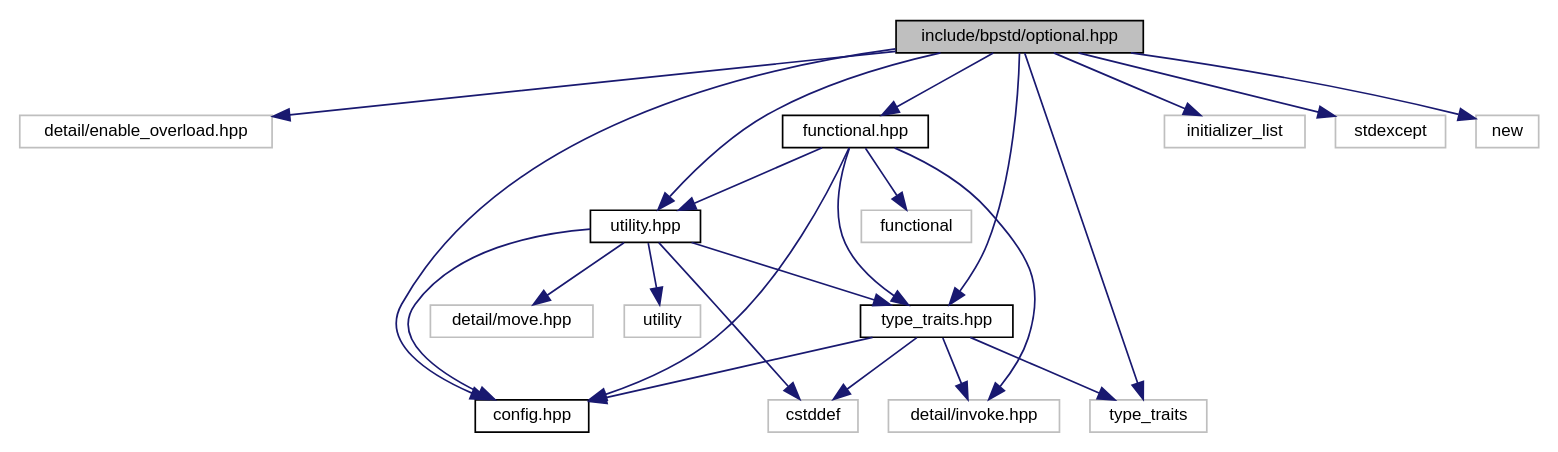
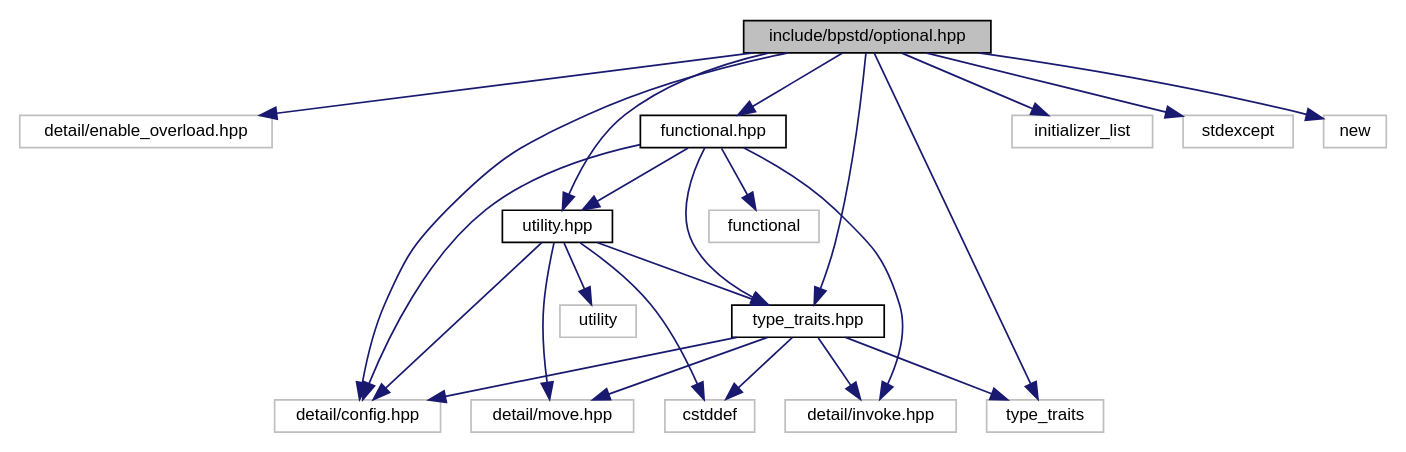
Before and after one commit to bitwizeshift/BackportCpp: the diagram in api/latest/d0/d26/optional_8hpp__incl.dot, drawn with Graphviz. The commit also changed 67 other files, not shown here.

```diff
--- a/api/latest/d0/d26/optional_8hpp__incl.dot
+++ b/api/latest/d0/d26/optional_8hpp__incl.dot
@@ -1,43 +1,44 @@
 digraph "include/bpstd/optional.hpp"
 {
   edge [fontname="Helvetica",fontsize="10",labelfontname="Helvetica",labelfontsize="10"];
   node [fontname="Helvetica",fontsize="10",shape=record];
   Node0 [label="include/bpstd/optional.hpp",height=0.2,width=0.4,color="black", fillcolor="grey75", style="filled", fontcolor="black"];
   Node0 -> Node1 [color="midnightblue",fontsize="10",style="solid",fontname="Helvetica"];
   Node1 [label="detail/enable_overload.hpp",height=0.2,width=0.4,color="grey75", fillcolor="white", style="filled"];
   Node0 -> Node2 [color="midnightblue",fontsize="10",style="solid",fontname="Helvetica"];
-  Node2 [label="config.hpp",height=0.2,width=0.4,color="black", fillcolor="white", style="filled",URL="$d8/dfd/config_8hpp.html",tooltip="This header provides configuration data for the bpstd library. "];
+  Node2 [label="detail/config.hpp",height=0.2,width=0.4,color="grey75", fillcolor="white", style="filled"];
   Node0 -> Node3 [color="midnightblue",fontsize="10",style="solid",fontname="Helvetica"];
   Node3 [label="utility.hpp",height=0.2,width=0.4,color="black", fillcolor="white", style="filled",URL="$d1/d4e/utility_8hpp.html",tooltip="This header provides definitions from the C++ header <utility> "];
   Node3 -> Node2 [color="midnightblue",fontsize="10",style="solid",fontname="Helvetica"];
   Node3 -> Node4 [color="midnightblue",fontsize="10",style="solid",fontname="Helvetica"];
   Node4 [label="detail/move.hpp",height=0.2,width=0.4,color="grey75", fillcolor="white", style="filled"];
   Node3 -> Node5 [color="midnightblue",fontsize="10",style="solid",fontname="Helvetica"];
   Node5 [label="type_traits.hpp",height=0.2,width=0.4,color="black", fillcolor="white", style="filled",URL="$dc/d54/type__traits_8hpp.html",tooltip="This header provides definitions from the C++ header <type_traits> "];
   Node5 -> Node2 [color="midnightblue",fontsize="10",style="solid",fontname="Helvetica"];
+  Node5 -> Node4 [color="midnightblue",fontsize="10",style="solid",fontname="Helvetica"];
   Node5 -> Node6 [color="midnightblue",fontsize="10",style="solid",fontname="Helvetica"];
   Node6 [label="detail/invoke.hpp",height=0.2,width=0.4,color="grey75", fillcolor="white", style="filled"];
   Node5 -> Node7 [color="midnightblue",fontsize="10",style="solid",fontname="Helvetica"];
   Node7 [label="type_traits",height=0.2,width=0.4,color="grey75", fillcolor="white", style="filled"];
   Node5 -> Node8 [color="midnightblue",fontsize="10",style="solid",fontname="Helvetica"];
   Node8 [label="cstddef",height=0.2,width=0.4,color="grey75", fillcolor="white", style="filled"];
   Node3 -> Node9 [color="midnightblue",fontsize="10",style="solid",fontname="Helvetica"];
   Node9 [label="utility",height=0.2,width=0.4,color="grey75", fillcolor="white", style="filled"];
   Node3 -> Node8 [color="midnightblue",fontsize="10",style="solid",fontname="Helvetica"];
   Node0 -> Node10 [color="midnightblue",fontsize="10",style="solid",fontname="Helvetica"];
   Node10 [label="functional.hpp",height=0.2,width=0.4,color="black", fillcolor="white", style="filled",URL="$d2/db4/functional_8hpp.html",tooltip="This header provides definitions from the C++ header <functional> "];
   Node10 -> Node2 [color="midnightblue",fontsize="10",style="solid",fontname="Helvetica"];
   Node10 -> Node5 [color="midnightblue",fontsize="10",style="solid",fontname="Helvetica"];
   Node10 -> Node3 [color="midnightblue",fontsize="10",style="solid",fontname="Helvetica"];
   Node10 -> Node6 [color="midnightblue",fontsize="10",style="solid",fontname="Helvetica"];
   Node10 -> Node11 [color="midnightblue",fontsize="10",style="solid",fontname="Helvetica"];
   Node11 [label="functional",height=0.2,width=0.4,color="grey75", fillcolor="white", style="filled"];
   Node0 -> Node5 [color="midnightblue",fontsize="10",style="solid",fontname="Helvetica"];
   Node0 -> Node12 [color="midnightblue",fontsize="10",style="solid",fontname="Helvetica"];
   Node12 [label="initializer_list",height=0.2,width=0.4,color="grey75", fillcolor="white", style="filled"];
   Node0 -> Node7 [color="midnightblue",fontsize="10",style="solid",fontname="Helvetica"];
   Node0 -> Node13 [color="midnightblue",fontsize="10",style="solid",fontname="Helvetica"];
   Node13 [label="stdexcept",height=0.2,width=0.4,color="grey75", fillcolor="white", style="filled"];
   Node0 -> Node14 [color="midnightblue",fontsize="10",style="solid",fontname="Helvetica"];
   Node14 [label="new",height=0.2,width=0.4,color="grey75", fillcolor="white", style="filled"];
 }
```
